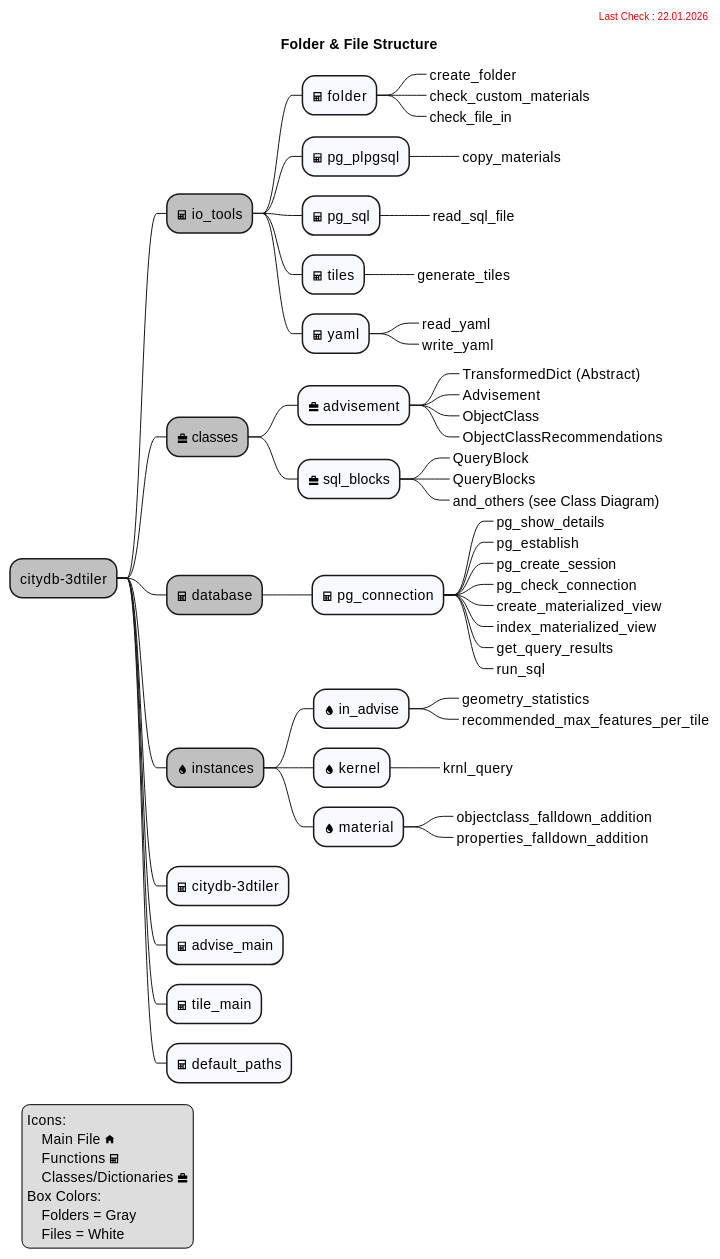
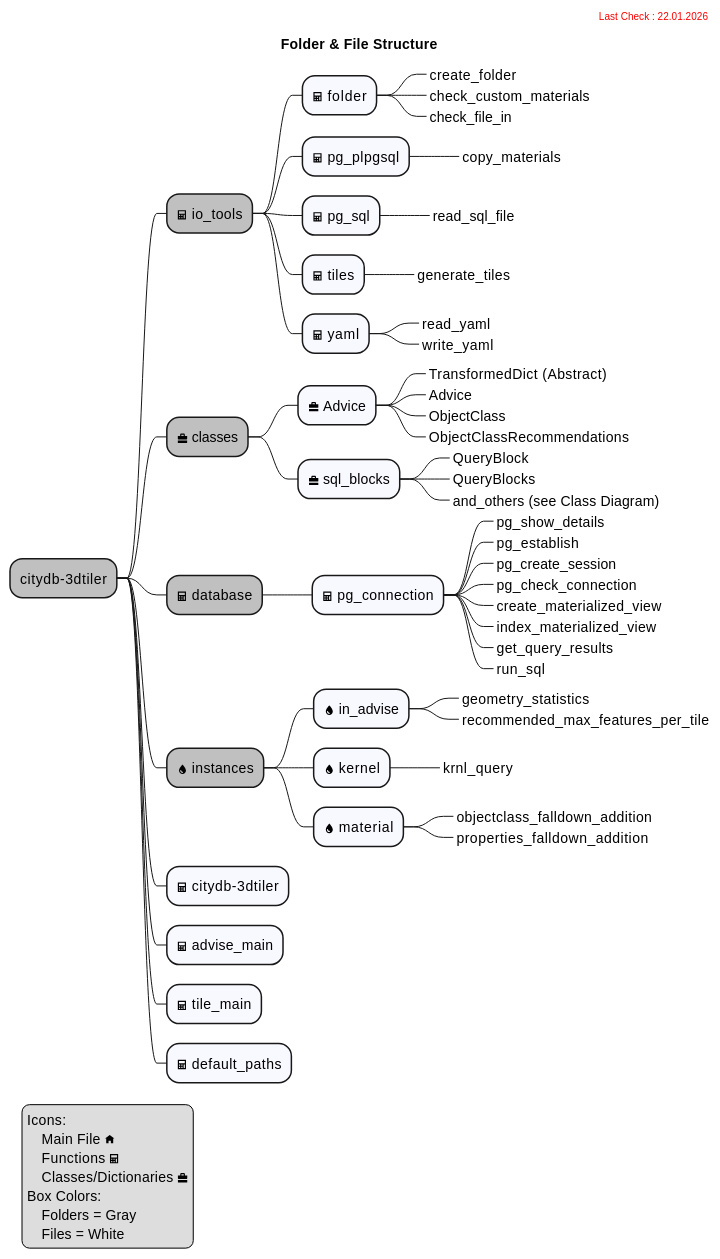
Before and after one commit to 3dcitydb/citydb-3dtiler: the diagram in docs/includes/file_structure.md, drawn with PlantUML. The commit also changed 8 other files, not shown here.

````diff
--- a/docs/includes/file_structure.md
+++ b/docs/includes/file_structure.md
@@ -5,65 +5,65 @@
 ```puml
 @startmindmap
 title Folder & File Structure
 right header
 <font color=red size=10> Last Check : 22.01.2026</font>
 endheader
 *[#silver] citydb-3dtiler
 **[#silver] <&calculator> io_tools
 ***[#ghostwhite] <&calculator> folder
 ****_ create_folder
 ****_ check_custom_materials
 ****_ check_file_in
 ***[#ghostwhite] <&calculator> pg_plpgsql
 ****_ copy_materials
 ***[#ghostwhite] <&calculator> pg_sql
 ****_ read_sql_file
 ***[#ghostwhite] <&calculator> tiles
 ****_ generate_tiles
 ***[#ghostwhite] <&calculator> yaml
 ****_ read_yaml
 ****_ write_yaml
 **[#silver] <&briefcase> classes
-***[#ghostwhite] <&briefcase> advisement
+***[#ghostwhite] <&briefcase> Advice
 ****_ TransformedDict (Abstract)
-****_ Advisement
+****_ Advice
 ****_ ObjectClass
 ****_ ObjectClassRecommendations
 ***[#ghostwhite] <&briefcase> sql_blocks
 ****_ QueryBlock
 ****_ QueryBlocks
 ****_ and_others (see Class Diagram)
 **[#silver] <&calculator> database
 ***[#ghostwhite] <&calculator> pg_connection
 ****_ pg_show_details
 ****_ pg_establish
 ****_ pg_create_session
 ****_ pg_check_connection
 ****_ create_materialized_view
 ****_ index_materialized_view
 ****_ get_query_results
 ****_ run_sql
 **[#silver] <&droplet> instances
 ***[#ghostwhite] <&droplet> in_advise
 ****_ geometry_statistics
 ****_ recommended_max_features_per_tile
 ***[#ghostwhite] <&droplet> kernel
 ****_ krnl_query
 ***[#ghostwhite] <&droplet> material
 ****_ objectclass_falldown_addition
 ****_ properties_falldown_addition
 **[#ghostwhite] <&calculator> citydb-3dtiler
 **[#ghostwhite] <&calculator> advise_main
 **[#ghostwhite] <&calculator> tile_main
 **[#ghostwhite] <&calculator> default_paths
 legend left
     Icons:
         Main File <&home>
         Functions <&calculator>
         Classes/Dictionaries <&briefcase>
     Box Colors:
         Folders = Gray
         Files = White
 endlegend
 @endmindmap
 ```
````
